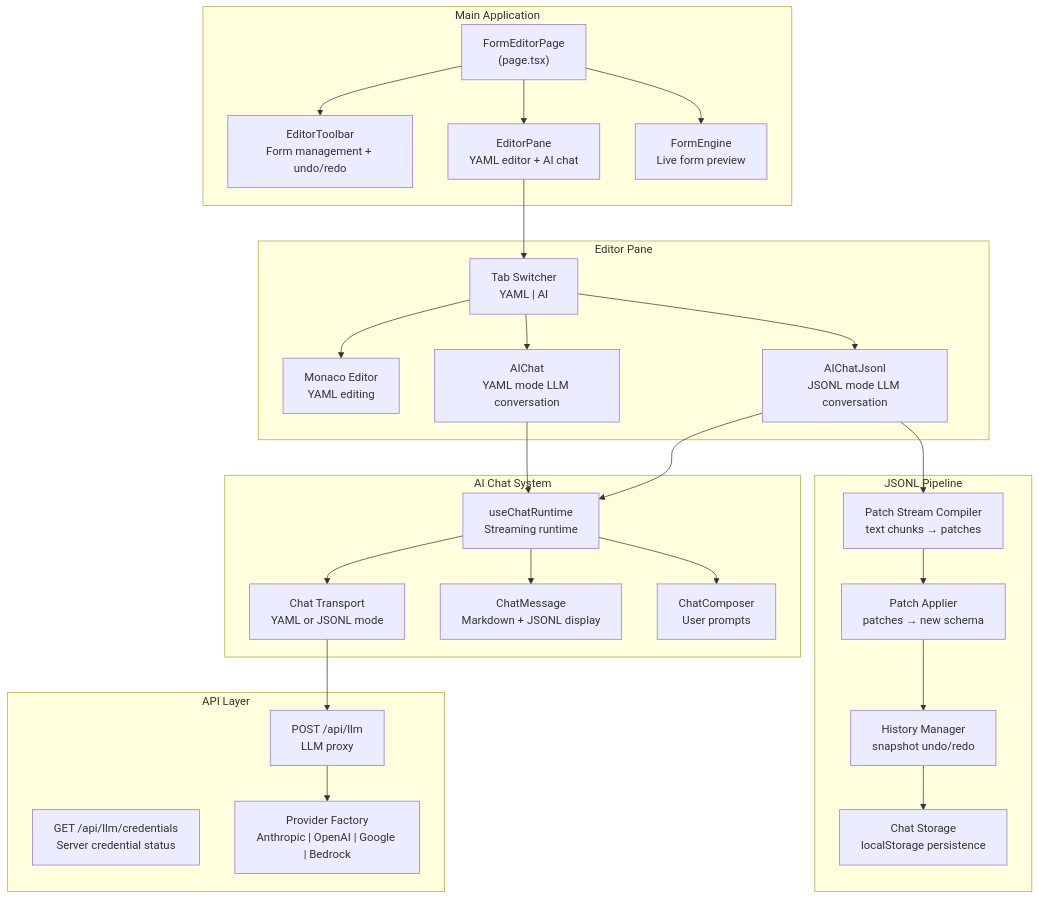
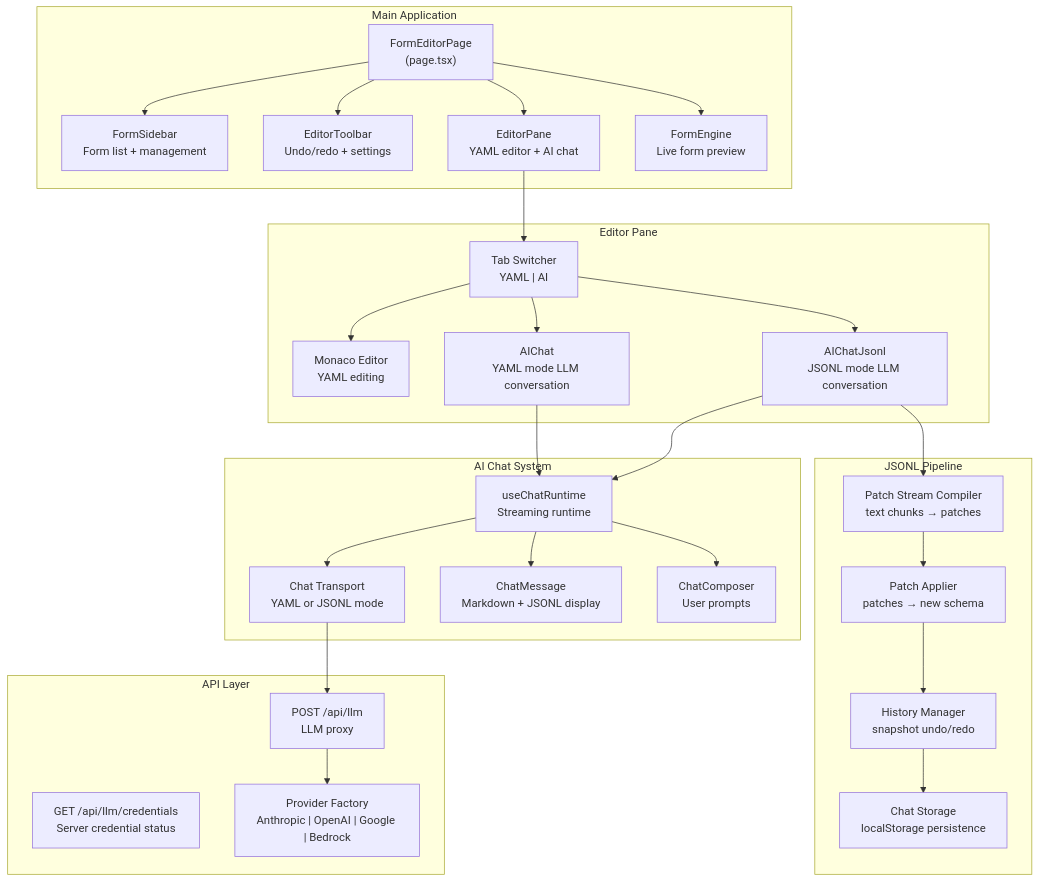
One commit to fwextensions/form-engine-poc changed the first of 3 diagrams in packages/form-editor/README.md. Above: the diagram before and after it, drawn with Mermaid. The commit also changed other lines of this file, not shown here.

````diff
--- a/packages/form-editor/README.md
+++ b/packages/form-editor/README.md
@@ -70,59 +70,61 @@
 ```mermaid
 graph TB
     subgraph "Main Application"
         PAGE["FormEditorPage<br/>(page.tsx)"]
-        TOOLBAR["EditorToolbar<br/>Form management + undo/redo"]
+        SIDEBAR["FormSidebar<br/>Form list + management"]
+        TOOLBAR["EditorToolbar<br/>Undo/redo + settings"]
         EDITOR["EditorPane<br/>YAML editor + AI chat"]
         PREVIEW["FormEngine<br/>Live form preview"]
     end
 
     subgraph "Editor Pane"
         TABS["Tab Switcher<br/>YAML | AI"]
         MONACO["Monaco Editor<br/>YAML editing"]
         AICHAT["AIChat<br/>YAML mode LLM conversation"]
         AICHAT_JSONL["AIChatJsonl<br/>JSONL mode LLM conversation"]
     end
 
     subgraph "AI Chat System"
         RUNTIME["useChatRuntime<br/>Streaming runtime"]
         TRANSPORT["Chat Transport<br/>YAML or JSONL mode"]
         MESSAGES["ChatMessage<br/>Markdown + JSONL display"]
         COMPOSER["ChatComposer<br/>User prompts"]
     end
 
     subgraph "JSONL Pipeline"
         COMPILER["Patch Stream Compiler<br/>text chunks → patches"]
         APPLIER["Patch Applier<br/>patches → new schema"]
         HISTORY["History Manager<br/>snapshot undo/redo"]
         PERSIST["Chat Storage<br/>localStorage persistence"]
     end
 
     subgraph "API Layer"
         LLM_ROUTE["POST /api/llm<br/>LLM proxy"]
         CRED_ROUTE["GET /api/llm/credentials<br/>Server credential status"]
         PROVIDERS["Provider Factory<br/>Anthropic | OpenAI | Google | Bedrock"]
     end
 
+    PAGE --> SIDEBAR
     PAGE --> TOOLBAR
     PAGE --> EDITOR
     PAGE --> PREVIEW
 
     EDITOR --> TABS
     TABS --> MONACO
     TABS --> AICHAT
     TABS --> AICHAT_JSONL
 
     AICHAT --> RUNTIME
     AICHAT_JSONL --> RUNTIME
     RUNTIME --> TRANSPORT
     RUNTIME --> MESSAGES
     RUNTIME --> COMPOSER
 
     TRANSPORT --> LLM_ROUTE
     LLM_ROUTE --> PROVIDERS
 
     AICHAT_JSONL --> COMPILER
     COMPILER --> APPLIER
     APPLIER --> HISTORY
     HISTORY --> PERSIST
 ```
````
